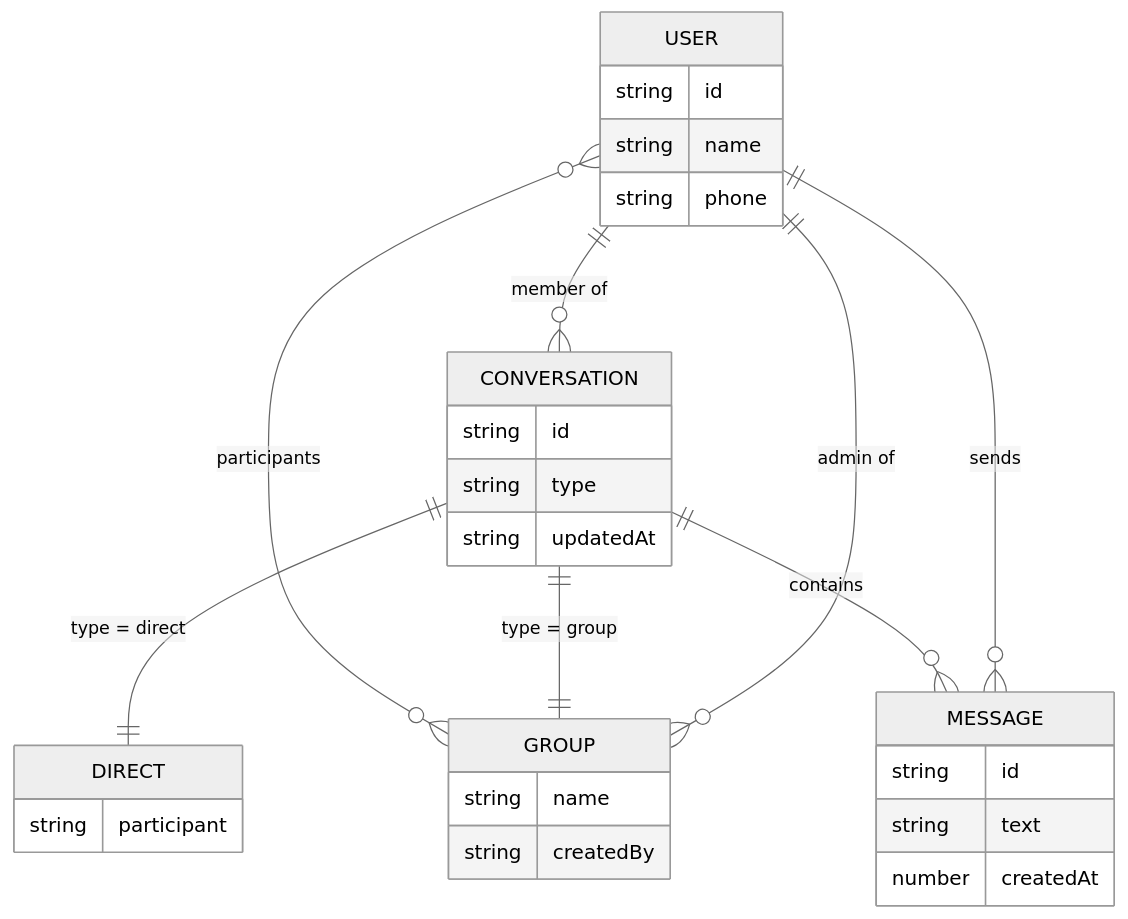
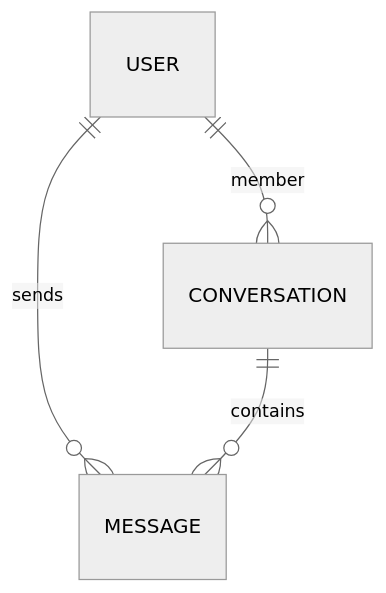
Before and after one commit to Jerald-tonmoy-dias/taghyeer-tsk: the diagram in docs/system-design.md, drawn with Mermaid (neutral theme). The commit also changed other lines of this file and 6 other files, not shown here.

````diff
--- a/docs/system-design.md
+++ b/docs/system-design.md
@@ -121,33 +121,6 @@
 ```mermaid
 erDiagram
-  USER {
-    string id
-    string name
-    string phone
-  }
-  CONVERSATION {
-    string id
-    string type
-    string updatedAt
-  }
-  DIRECT {
-    string participant
-  }
-  GROUP {
-    string name
-    string createdBy
-  }
-  MESSAGE {
-    string id
-    string text
-    number createdAt
-  }
-
-  USER ||--o{ CONVERSATION : "member of"
-  USER ||--o{ GROUP : "admin of"
+  USER ||--o{ CONVERSATION : member
   USER ||--o{ MESSAGE : sends
-  CONVERSATION ||--|| DIRECT : "type = direct"
-  CONVERSATION ||--|| GROUP : "type = group"
   CONVERSATION ||--o{ MESSAGE : contains
-  GROUP }o--o{ USER : participants
 ```
````
